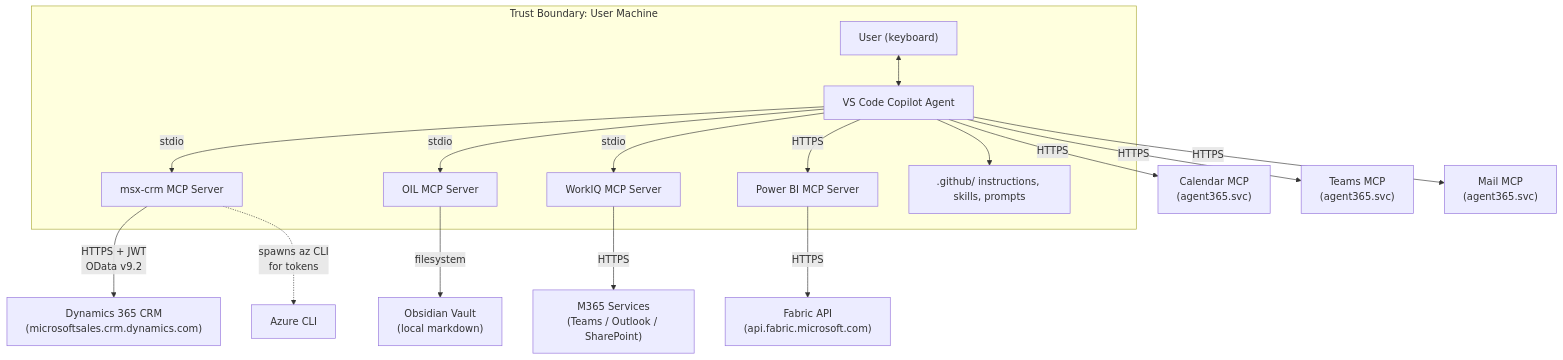
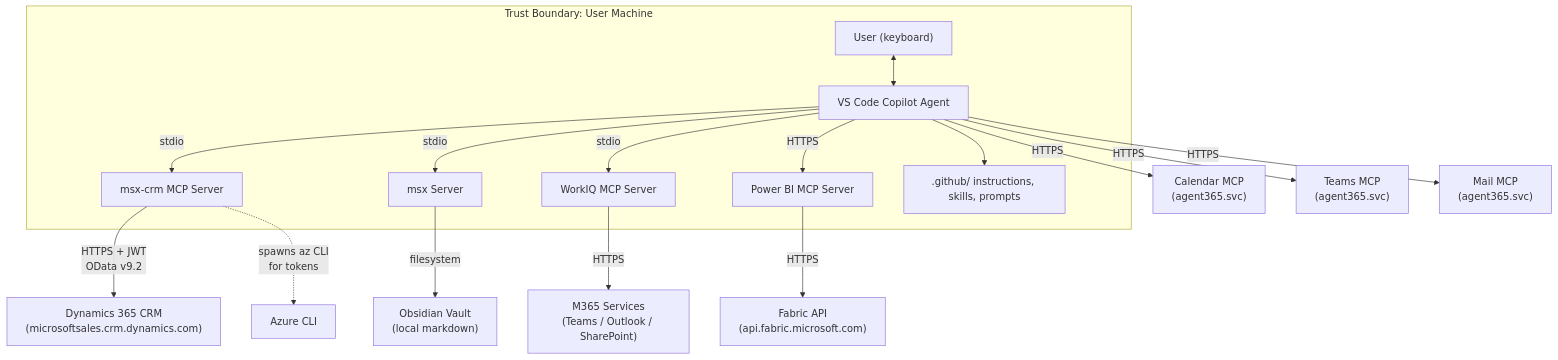
The diagram in site/docs/architecture/threat-model.md (mjhoffmeister/MCAPS-IQ), drawn with Mermaid before and after one commit. The commit also changed other lines of this file and 77 other files, not shown here.

````diff
--- a/site/docs/architecture/threat-model.md
+++ b/site/docs/architecture/threat-model.md
@@ -46,30 +45,30 @@
 ```mermaid
 flowchart TB
   subgraph UserMachine["Trust Boundary: User Machine"]
     User["User (keyboard)"]
     Agent["VS Code Copilot Agent"]
     MSX["msx-crm MCP Server"]
-    OIL["OIL MCP Server"]
+    OIL["msx Server"]
     WIQ["WorkIQ MCP Server"]
     PBI["Power BI MCP Server"]
     Instructions[".github/ instructions, skills, prompts"]
   end
 
   User <--> Agent
   Agent -- "stdio" --> MSX
   Agent -- "stdio" --> OIL
   Agent -- "stdio" --> WIQ
   Agent -- "HTTPS" --> PBI
   Agent --> Instructions
 
   MSX -- "HTTPS + JWT\nOData v9.2" --> CRM["Dynamics 365 CRM\n(microsoftsales.crm.dynamics.com)"]
   OIL -- "filesystem" --> Vault["Obsidian Vault\n(local markdown)"]
   WIQ -- "HTTPS" --> M365["M365 Services\n(Teams / Outlook / SharePoint)"]
   PBI -- "HTTPS" --> Fabric["Fabric API\n(api.fabric.microsoft.com)"]
 
   Agent -- "HTTPS" --> Cal["Calendar MCP\n(agent365.svc)"]
   Agent -- "HTTPS" --> Teams["Teams MCP\n(agent365.svc)"]
   Agent -- "HTTPS" --> Mail["Mail MCP\n(agent365.svc)"]
 
   MSX -. "spawns az CLI\nfor tokens" .-> AZ["Azure CLI"]
 ```
````
